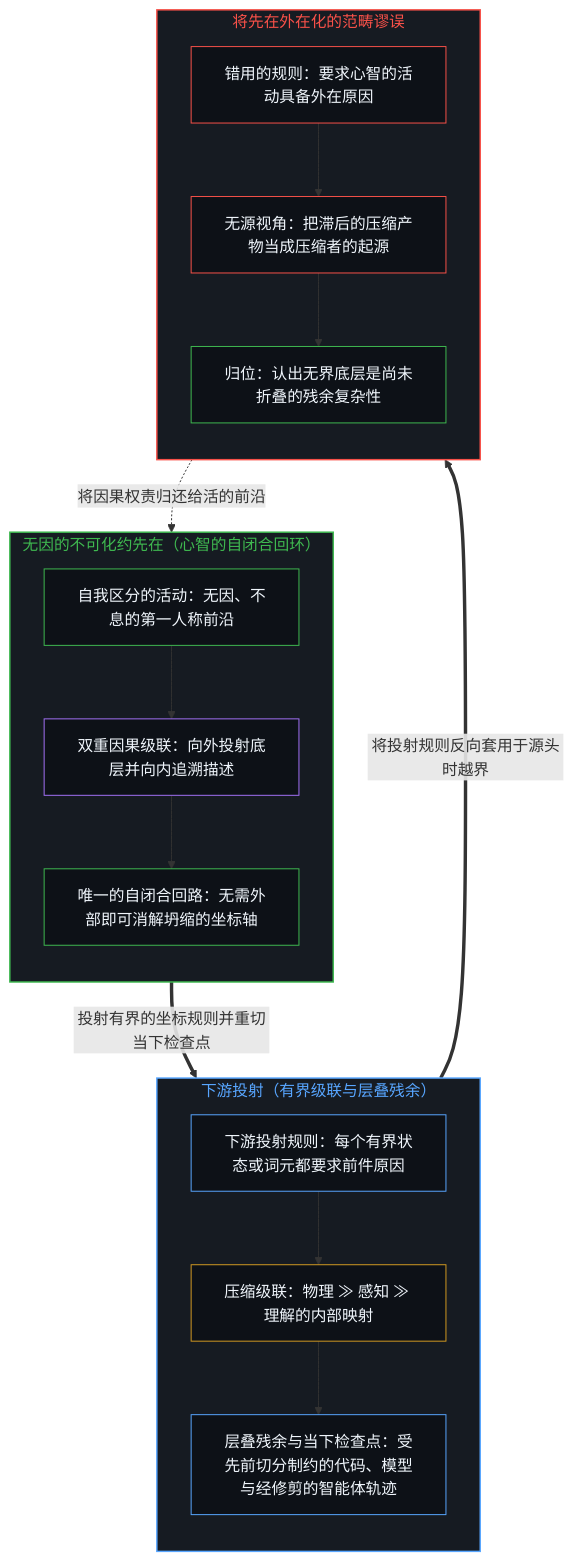
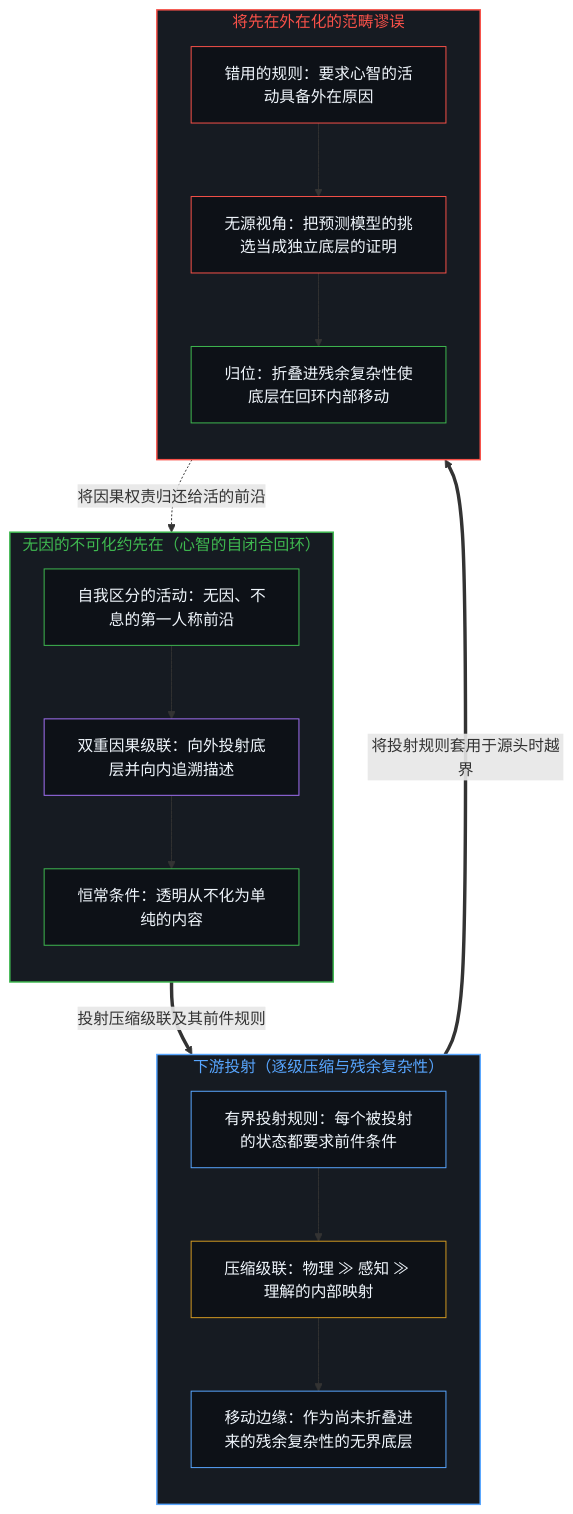
Before and after one commit to powerpig99/not-a-toe: the first of 2 diagrams in content/posts/causality-and-the-irreducible-prior.md, drawn with Mermaid. The commit also changed other lines of this file and 2 other files, not shown here.

````diff
--- a/content/posts/causality-and-the-irreducible-prior.md
+++ b/content/posts/causality-and-the-irreducible-prior.md
@@ -35,39 +35,39 @@
 ```mermaid
 flowchart TD
     subgraph S_Prior["无因的不可化约先在（心智的自闭合回环）"]
         direction TB
         P_Act["自我区分的活动：无因、不息的第一人称前沿"]
         P_Fold["双重因果级联：向外投射底层并向内追溯描述"]
-        P_Close["唯一的自闭合回路：无需外部即可消解坍缩的坐标轴"]
+        P_Close["恒常条件：透明从不化为单纯的内容"]
         P_Act --> P_Fold --> P_Close
     end
-    subgraph S_Proj["下游投射（有界级联与层叠残余）"]
+    subgraph S_Proj["下游投射（逐级压缩与残余复杂性）"]
         direction TB
-        D_Rule["下游投射规则：每个有界状态或词元都要求前件原因"]
+        D_Rule["有界投射规则：每个被投射的状态都要求前件条件"]
         D_Hierarchy["压缩级联：物理 ≫ 感知 ≫ 理解的内部映射"]
-        D_Agent["层叠残余与当下检查点：受先前切分制约的代码、模型与经修剪的智能体轨迹"]
+        D_Agent["移动边缘：作为尚未折叠进来的残余复杂性的无界底层"]
         D_Rule --> D_Hierarchy --> D_Agent
     end
     subgraph S_Inversion["将先在外在化的范畴谬误"]
         direction TB
         E_Demand["错用的规则：要求心智的活动具备外在原因"]
-        E_Nowhere["无源视角：把滞后的压缩产物当成压缩者的起源"]
-        E_Dissolve["归位：认出无界底层是尚未折叠的残余复杂性"]
+        E_Nowhere["无源视角：把预测模型的挑选当成独立底层的证明"]
+        E_Dissolve["归位：折叠进残余复杂性使底层在回环内部移动"]
         E_Demand --> E_Nowhere --> E_Dissolve
     end
-    P_Close ==>|"投射有界的坐标规则并重切当下检查点"| D_Rule
-    D_Agent ==>|"将投射规则反向套用于源头时越界"| E_Demand
+    P_Close ==>|"投射压缩级联及其前件规则"| D_Rule
+    D_Agent ==>|"将投射规则套用于源头时越界"| E_Demand
     E_Dissolve -.->|"将因果权责归还给活的前沿"| P_Act
     style S_Prior fill:#161b22,stroke:#3fb950,stroke-width:1.5px,color:#3fb950
     style S_Proj fill:#161b22,stroke:#58a6ff,stroke-width:1.5px,color:#58a6ff
     style S_Inversion fill:#161b22,stroke:#f85149,stroke-width:1.5px,color:#f85149
     style P_Act fill:#0d1117,stroke:#3fb950,stroke-width:1px,color:#f0f6fc
     style P_Fold fill:#0d1117,stroke:#a371f7,stroke-width:1px,color:#f0f6fc
     style P_Close fill:#0d1117,stroke:#3fb950,stroke-width:1px,color:#f0f6fc
     style D_Rule fill:#0d1117,stroke:#58a6ff,stroke-width:1px,color:#f0f6fc
     style D_Hierarchy fill:#0d1117,stroke:#d29922,stroke-width:1px,color:#f0f6fc
     style D_Agent fill:#0d1117,stroke:#58a6ff,stroke-width:1px,color:#f0f6fc
     style E_Demand fill:#0d1117,stroke:#f85149,stroke-width:1px,color:#f0f6fc
     style E_Nowhere fill:#0d1117,stroke:#f85149,stroke-width:1px,color:#f0f6fc
     style E_Dissolve fill:#0d1117,stroke:#3fb950,stroke-width:1px,color:#f0f6fc
 ```
````
